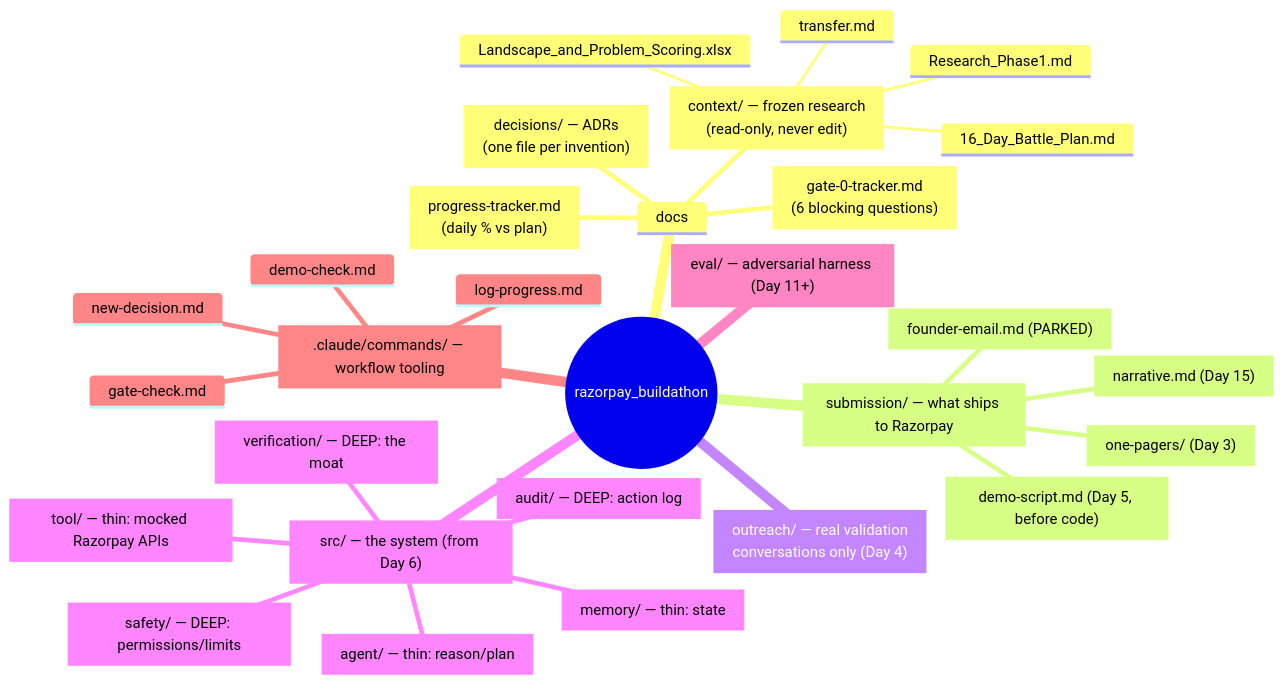
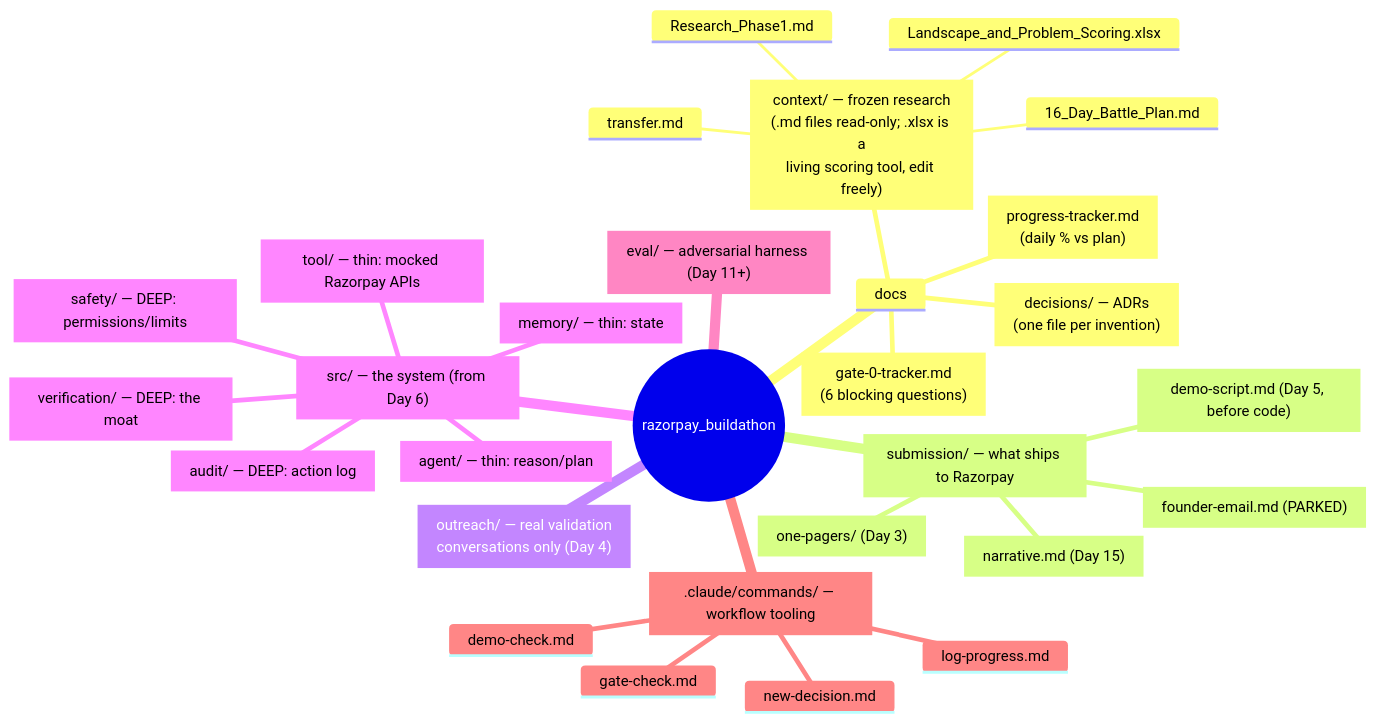
One commit to csdeepak/razorpay_buildathon changed the diagram in docs/REPO_MAP.md. Above: the diagram before and after it, drawn with Mermaid. The commit also changed other lines of this file and 5 other files, not shown here.

````diff
--- a/docs/REPO_MAP.md
+++ b/docs/REPO_MAP.md
@@ -7,37 +7,38 @@
 ```mermaid
 mindmap
   root((razorpay_buildathon))
     docs
       context["context/ — frozen research
-      (read-only, never edit)"]
+      (.md files read-only; .xlsx is a
+      living scoring tool, edit freely)"]
         transfer.md
         Research_Phase1.md
         16_Day_Battle_Plan.md
         Landscape_and_Problem_Scoring.xlsx
       decisions["decisions/ — ADRs
       (one file per invention)"]
       gate-0-tracker.md["gate-0-tracker.md
       (6 blocking questions)"]
       progress-tracker.md["progress-tracker.md
       (daily % vs plan)"]
     submission["submission/ — what ships to Razorpay"]
       one-pagers["one-pagers/ (Day 3)"]
       demo-script.md["demo-script.md (Day 5, before code)"]
       narrative.md["narrative.md (Day 15)"]
       founder-email.md["founder-email.md (PARKED)"]
     outreach["outreach/ — real validation
     conversations only (Day 4)"]
     src["src/ — the system (from Day 6)"]
       agent["agent/ — thin: reason/plan"]
       tool["tool/ — thin: mocked Razorpay APIs"]
       safety["safety/ — DEEP: permissions/limits"]
       verification["verification/ — DEEP: the moat"]
       memory["memory/ — thin: state"]
       audit["audit/ — DEEP: action log"]
     eval["eval/ — adversarial harness (Day 11+)"]
     claude[".claude/commands/ — workflow tooling"]
       new-decision.md
       gate-check.md
       log-progress.md
       demo-check.md
 ```
````
